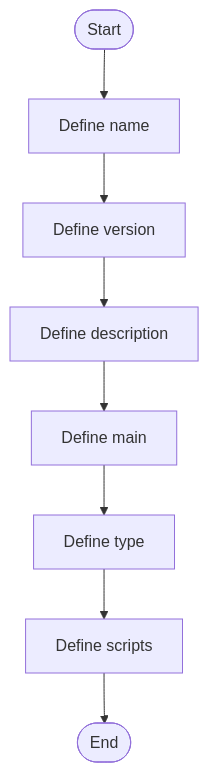
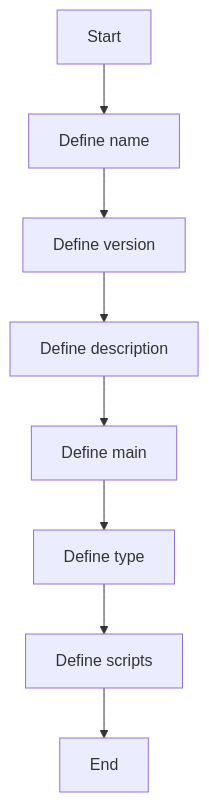
Before and after one commit to JohnAndrewBalbarosa/NeoTerritory: the diagram in docs/Codebase/Backend/package.json.md, drawn with Mermaid. The commit also changed other lines of this file and 752 other files, not shown here.

````diff
--- a/docs/Codebase/Backend/package.json.md
+++ b/docs/Codebase/Backend/package.json.md
@@ -40,18 +22,18 @@
 ```mermaid
 flowchart TD
-    Start([Start])
-    N0[Define name]
-    N1[Define version]
-    N2[Define description]
-    N3[Define main]
-    N4[Define type]
-    N5[Define scripts]
-    End([End])
+    Start["Start"]
+    N0["Define name"]
+    N1["Define version"]
+    N2["Define description"]
+    N3["Define main"]
+    N4["Define type"]
+    N5["Define scripts"]
+    End["End"]
     Start --> N0
     N0 --> N1
     N1 --> N2
     N2 --> N3
     N3 --> N4
     N4 --> N5
     N5 --> End
 ```
````
